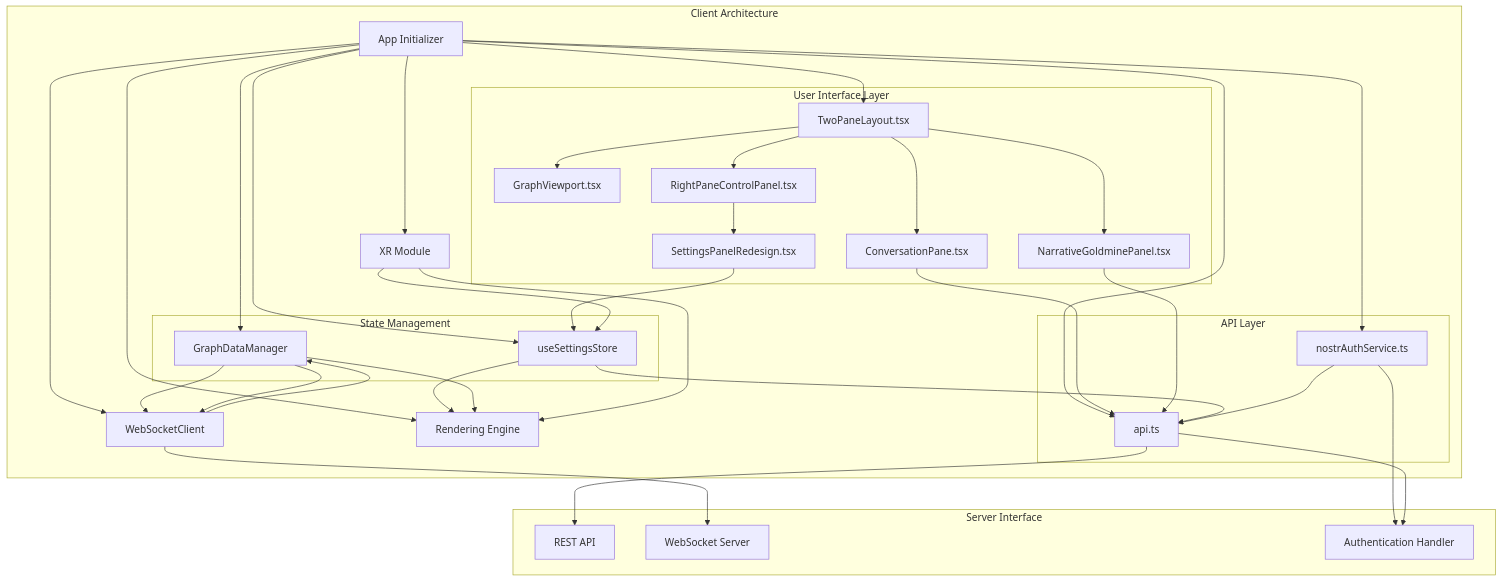
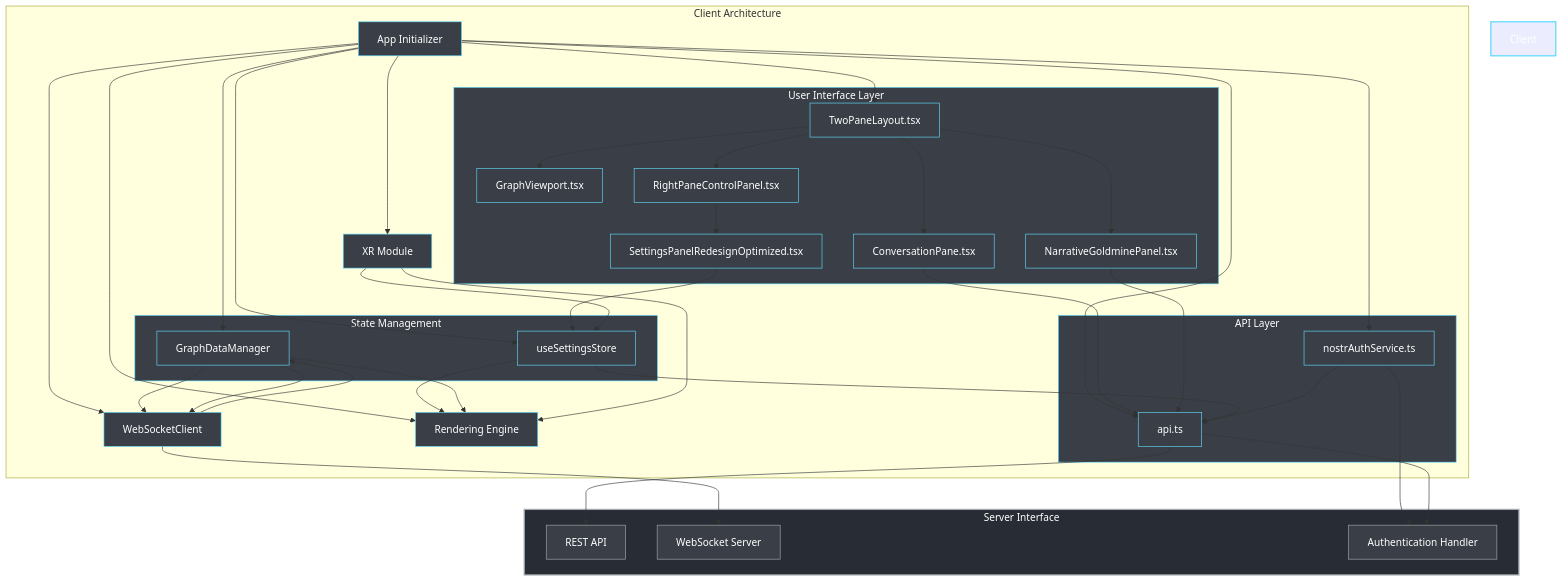
Before and after one commit to DreamLab-AI/VisionFlow: the first of 3 diagrams in docs/client/architecture.md, drawn with Mermaid. The commit also changed other lines of this file and 16 other files, not shown here.

````diff
--- a/docs/client/architecture.md
+++ b/docs/client/architecture.md
@@ -15,7 +15,7 @@
             TwoPaneLayout[TwoPaneLayout.tsx]
             GraphViewportUI[GraphViewport.tsx]
             RightPaneControlPanel[RightPaneControlPanel.tsx]
-            SettingsPanelRedesign[SettingsPanelRedesign.tsx]
+            SettingsPanelRedesignOptimized[SettingsPanelRedesignOptimized.tsx]
             ConversationPane[ConversationPane.tsx]
             NarrativeGoldminePanel[NarrativeGoldminePanel.tsx]
         end
@@ -47,9 +47,9 @@
         TwoPaneLayout --> RightPaneControlPanel
         TwoPaneLayout --> ConversationPane
         TwoPaneLayout --> NarrativeGoldminePanel
-        RightPaneControlPanel --> SettingsPanelRedesign
+        RightPaneControlPanel --> SettingsPanelRedesignOptimized
 
-        SettingsPanelRedesign --> SettingsStore
+        SettingsPanelRedesignOptimized --> SettingsStore
         ConversationPane --> APIService
         NarrativeGoldminePanel --> APIService
 
@@ -76,4 +76,28 @@
         NostrAuthService --> AuthHandler
         APIService --> AuthHandler
     end
+
+    style Client Architecture fill:#282C34,stroke:#61DAFB,stroke-width:2px,color:#FFFFFF
+    style UILayer fill:#3A3F47,stroke:#61DAFB,color:#FFFFFF
+    style StateManagement fill:#3A3F47,stroke:#61DAFB,color:#FFFFFF
+    style APILayer fill:#3A3F47,stroke:#61DAFB,color:#FFFFFF
+    style AppInitializer fill:#3A3F47,stroke:#61DAFB,color:#FFFFFF
+    style TwoPaneLayout fill:#3A3F47,stroke:#61DAFB,color:#FFFFFF
+    style GraphViewportUI fill:#3A3F47,stroke:#61DAFB,color:#FFFFFF
+    style RightPaneControlPanel fill:#3A3F47,stroke:#61DAFB,color:#FFFFFF
+    style SettingsPanelRedesignOptimized fill:#3A3F47,stroke:#61DAFB,color:#FFFFFF
+    style ConversationPane fill:#3A3F47,stroke:#61DAFB,color:#FFFFFF
+    style NarrativeGoldminePanel fill:#3A3F47,stroke:#61DAFB,color:#FFFFFF
+    style SettingsStore fill:#3A3F47,stroke:#61DAFB,color:#FFFFFF
+    style GraphDataManager fill:#3A3F47,stroke:#61DAFB,color:#FFFFFF
+    style NostrAuthService fill:#3A3F47,stroke:#61DAFB,color:#FFFFFF
+    style APIService fill:#3A3F47,stroke:#61DAFB,color:#FFFFFF
+    style Rendering fill:#3A3F47,stroke:#61DAFB,color:#FFFFFF
+    style WebSocketClient fill:#3A3F47,stroke:#61DAFB,color:#FFFFFF
+    style XRModule fill:#3A3F47,stroke:#61DAFB,color:#FFFFFF
+
+    style ServerInterface fill:#282C34,stroke:#A2AAAD,stroke-width:2px,color:#FFFFFF
+    style RESTAPI fill:#3A3F47,stroke:#A2AAAD,color:#FFFFFF
+    style WebSocketServer fill:#3A3F47,stroke:#A2AAAD,color:#FFFFFF
+    style AuthHandler fill:#3A3F47,stroke:#A2AAAD,color:#FFFFFF
 ```
````
